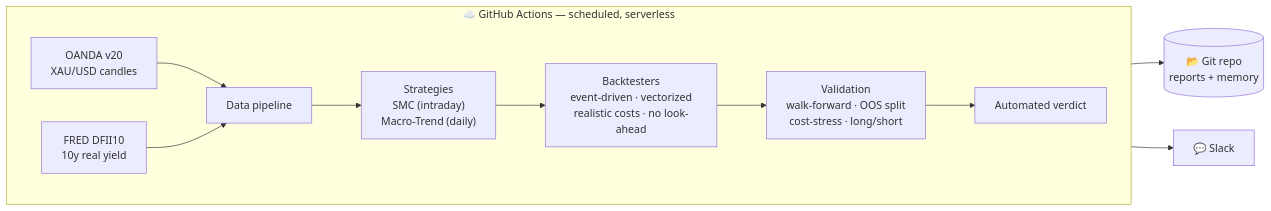
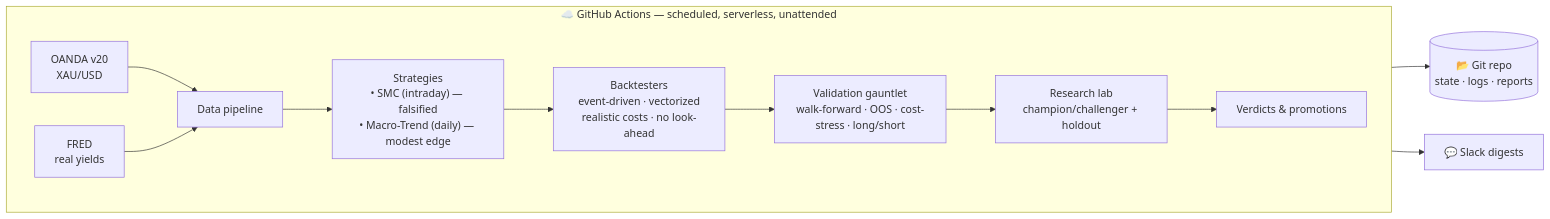
The diagram in README.md (burugupallyprem-coder/Gold_Research), drawn with Mermaid before and after one commit. The commit also changed other lines of this file and 2 other files, not shown here.

````diff
--- a/README.md
+++ b/README.md
@@ -41,14 +59,15 @@
 ```mermaid
 flowchart LR
-    subgraph Cloud["☁️ GitHub Actions — scheduled, serverless"]
+    subgraph Cloud["☁️ GitHub Actions — scheduled, serverless, unattended"]
         direction LR
-        D1["OANDA v20<br/>XAU/USD candles"] --> P["Data pipeline"]
-        D2["FRED DFII10<br/>10y real yield"] --> P
-        P --> S["Strategies<br/>SMC (intraday)<br/>Macro-Trend (daily)"]
+        D1["OANDA v20<br/>XAU/USD"] --> P["Data pipeline"]
+        D2["FRED<br/>real yields"] --> P
+        P --> S["Strategies<br/>• SMC (intraday) — falsified<br/>• Macro-Trend (daily) — modest edge"]
         S --> B["Backtesters<br/>event-driven · vectorized<br/>realistic costs · no look-ahead"]
-        B --> V["Validation<br/>walk-forward · OOS split<br/>cost-stress · long/short"]
-        V --> R["Automated verdict"]
+        B --> V["Validation gauntlet<br/>walk-forward · OOS · cost-stress · long/short"]
+        V --> RL["Research lab<br/>champion/challenger + holdout"]
+        RL --> R["Verdicts & promotions"]
     end
-    R --> G[("📂 Git repo<br/>reports + memory")]
-    R --> H["💬 Slack"]
+    R --> G[("📂 Git repo<br/>state · logs · reports")]
+    R --> H["💬 Slack digests"]
 ```
````
